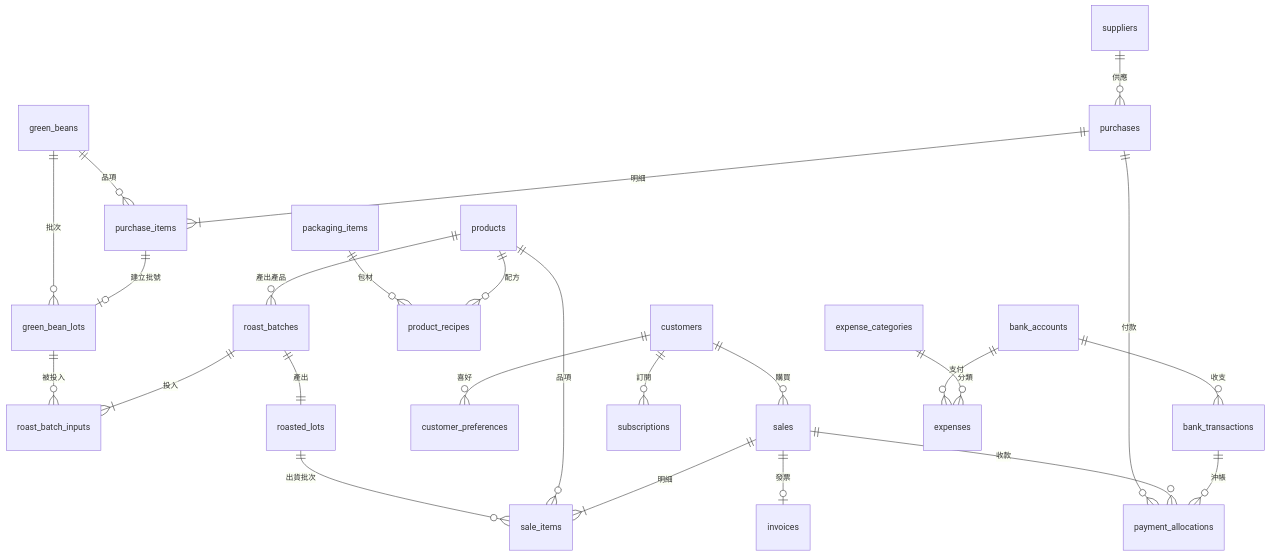
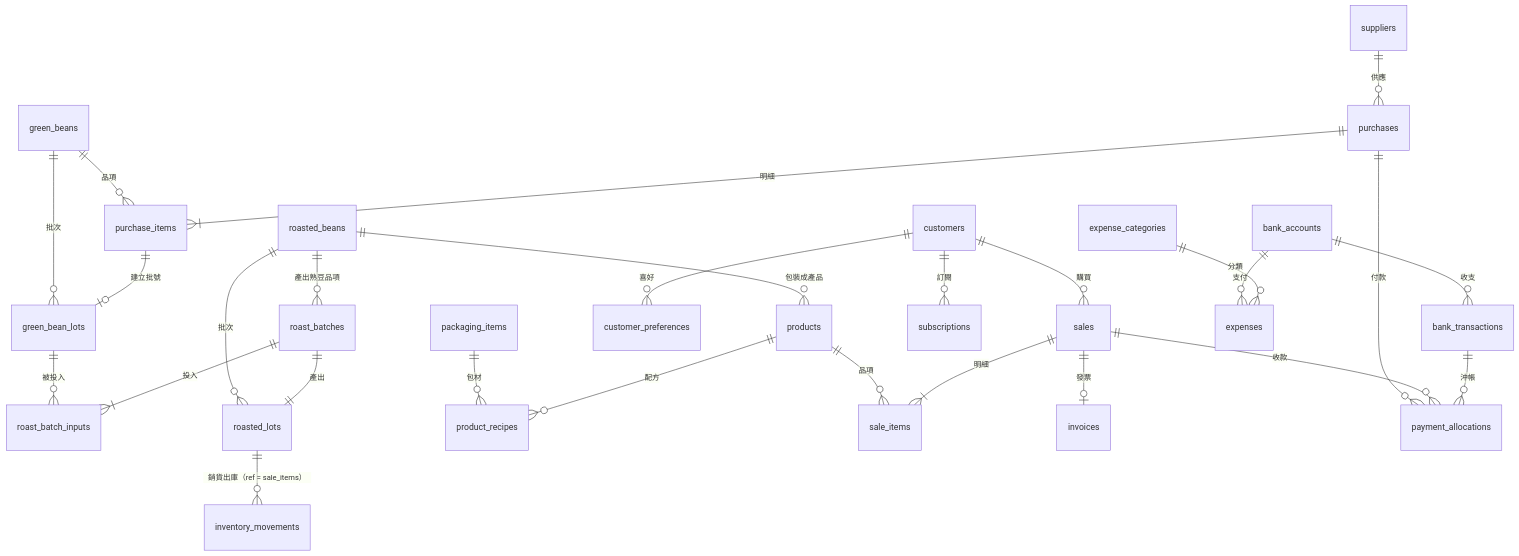
One commit to mywu-cloud/pinncafe-erp changed the diagram in ARCHITECTURE.md. Above: the diagram before and after it, drawn with Mermaid. The commit also changed other lines of this file and 15 other files, not shown here.

````diff
--- a/ARCHITECTURE.md
+++ b/ARCHITECTURE.md
@@ -471,31 +507,33 @@
 ```mermaid
 erDiagram
   suppliers ||--o{ purchases : "供應"
   purchases ||--|{ purchase_items : "明細"
   green_beans ||--o{ purchase_items : "品項"
   purchase_items ||--o| green_bean_lots : "建立批號"
   green_beans ||--o{ green_bean_lots : "批次"
 
   roast_batches ||--|{ roast_batch_inputs : "投入"
   green_bean_lots ||--o{ roast_batch_inputs : "被投入"
   roast_batches ||--|| roasted_lots : "產出"
-  products ||--o{ roast_batches : "產出產品"
+  roasted_beans ||--o{ roast_batches : "產出熟豆品項"
+  roasted_beans ||--o{ roasted_lots : "批次"
+  roasted_beans ||--o{ products : "包裝成產品"
 
   products ||--o{ product_recipes : "配方"
   packaging_items ||--o{ product_recipes : "包材"
 
   customers ||--o{ customer_preferences : "喜好"
   customers ||--o{ sales : "購買"
   customers ||--o{ subscriptions : "訂閱"
   sales ||--|{ sale_items : "明細"
   products ||--o{ sale_items : "品項"
-  roasted_lots ||--o{ sale_items : "出貨批次"
+  roasted_lots ||--o{ inventory_movements : "銷貨出庫（ref = sale_items）"
   sales ||--o| invoices : "發票"
 
   bank_accounts ||--o{ bank_transactions : "收支"
   bank_transactions ||--o{ payment_allocations : "沖帳"
   sales ||--o{ payment_allocations : "收款"
   purchases ||--o{ payment_allocations : "付款"
   expense_categories ||--o{ expenses : "分類"
   bank_accounts ||--o{ expenses : "支付"
 ```
````
